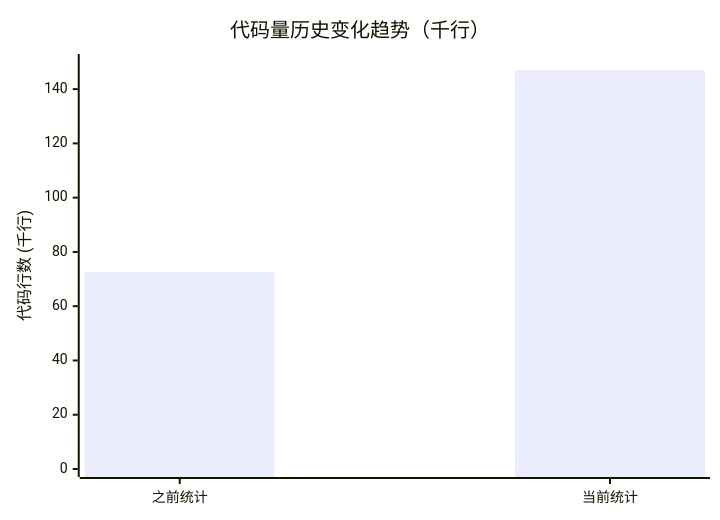
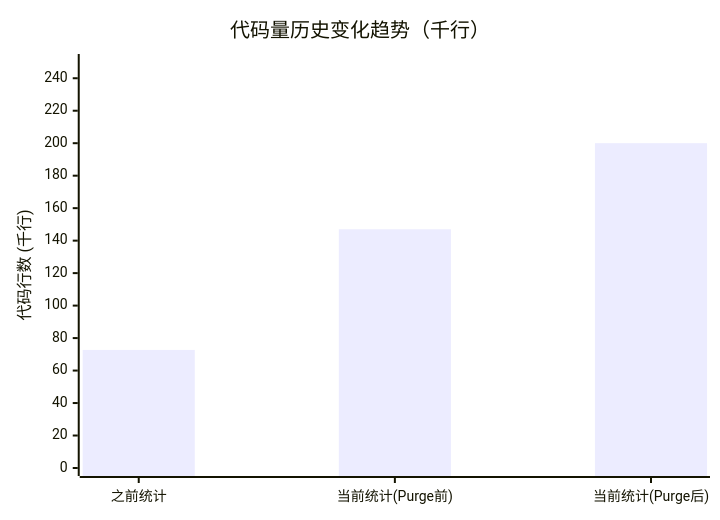
The fifth of 10 diagrams in PRODUCTION_CODE_ESTIMATE.md (esir-nus/smart-sales-main), drawn with Mermaid before and after one commit. The commit also changed other lines of this file, not shown here.

````diff
--- a/PRODUCTION_CODE_ESTIMATE.md
+++ b/PRODUCTION_CODE_ESTIMATE.md
@@ -424,7 +422,7 @@
 ```mermaid
 xychart-beta
     title "代码量历史变化趋势（千行）"
-    x-axis ["之前统计", "当前统计"]
-    y-axis "代码行数 (千行)" 0 --> 150
-    bar [72.7, 147.0]
+    x-axis ["之前统计", "当前统计(Purge前)", "当前统计(Purge后)"]
+    y-axis "代码行数 (千行)" 0 --> 250
+    bar [72.7, 147.0, 200.0]
 ```
````
